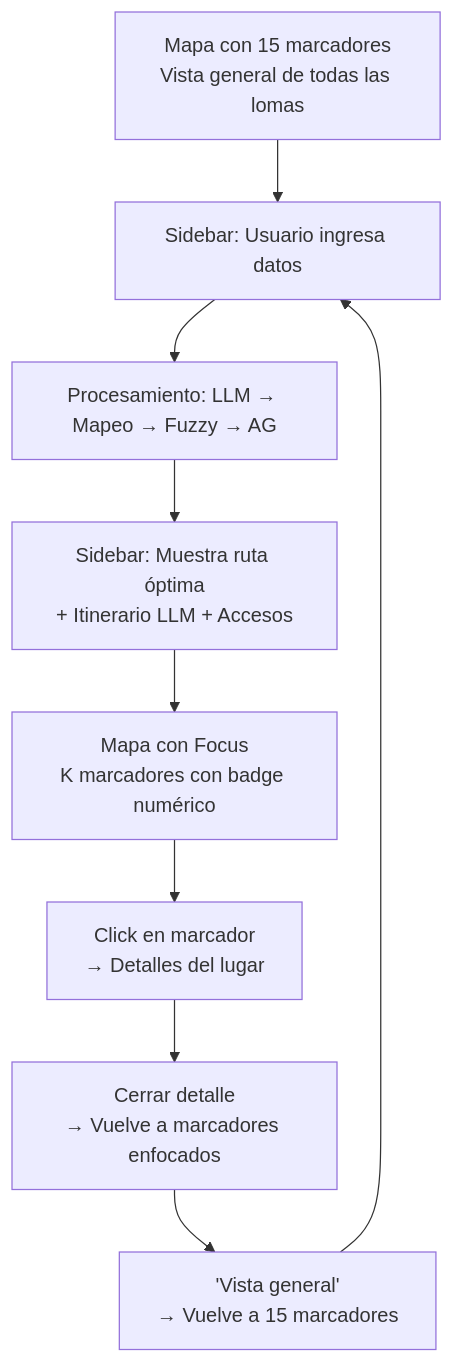
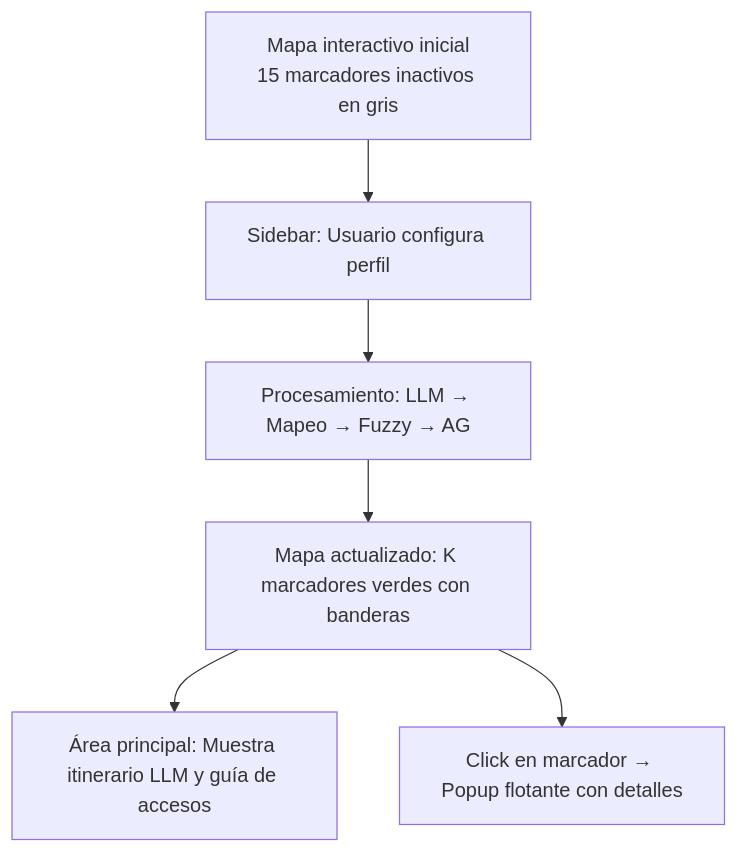
Before and after one commit to angel4luu/si-project-unmsm: the seventh of 8 diagrams in README.md, drawn with Mermaid. The commit also changed other lines of this file and 2 other files, not shown here.

Commit message:
feat(interfaz): mejorar la interacción del mapa y añadir nodo base arrastrable

````diff
--- a/README.md
+++ b/README.md
@@ -580,11 +569,8 @@
 ```mermaid
 flowchart TD
-    P1["Mapa con 15 marcadores<br/>Vista general de todas las lomas"] --> P2["Sidebar: Usuario ingresa datos"]
+    P1["Mapa interactivo inicial<br/>15 marcadores inactivos en gris"] --> P2["Sidebar: Usuario configura perfil"]
     P2 --> P3["Procesamiento: LLM → Mapeo → Fuzzy → AG"]
-    P3 --> P4["Sidebar: Muestra ruta óptima<br/>+ Itinerario LLM + Accesos"]
-    P4 --> P5["Mapa con Focus<br/>K marcadores con badge numérico"]
-    P5 --> P6["Click en marcador<br/>→ Detalles del lugar"]
-    P6 --> P7["Cerrar detalle<br/>→ Vuelve a marcadores enfocados"]
-    P7 --> P8["'Vista general'<br/>→ Vuelve a 15 marcadores"]
-    P8 --> P2
+    P3 --> P4["Mapa actualizado: K marcadores verdes con banderas"]
+    P4 --> P5["Área principal: Muestra itinerario LLM y guía de accesos"]
+    P4 --> P6["Click en marcador → Popup flotante con detalles"]
 ```
````
